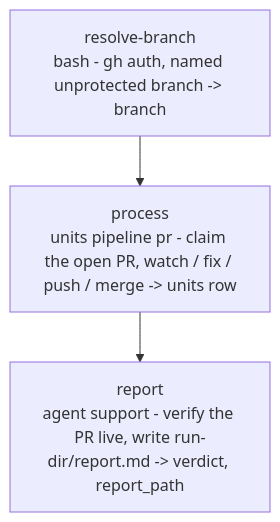
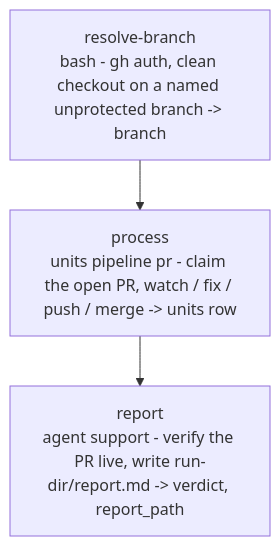
One commit to e1024kb/wise-claude changed the diagram in plugins/wise/workflows/pr-watch/README.md. Above: the diagram before and after it, drawn with Mermaid. The commit also changed other lines of this file and 6 other files, not shown here.

Commit message:
fix(wise): re-ask an unbacked explicit model answer, refuse a dirty checkout in pr-watch and impl-plan

````diff
--- a/plugins/wise/workflows/pr-watch/README.md
+++ b/plugins/wise/workflows/pr-watch/README.md
@@ -43,5 +44,5 @@
 ```mermaid
 flowchart TD
-    A[resolve-branch<br/>bash - gh auth, named unprotected branch -> branch] --> B[process<br/>units pipeline pr - claim the open PR, watch / fix / push / merge -> units row]
+    A[resolve-branch<br/>bash - gh auth, clean checkout on a named unprotected branch -> branch] --> B[process<br/>units pipeline pr - claim the open PR, watch / fix / push / merge -> units row]
     B --> C[report<br/>agent support - verify the PR live, write run-dir/report.md -> verdict, report_path]
 ```
````
